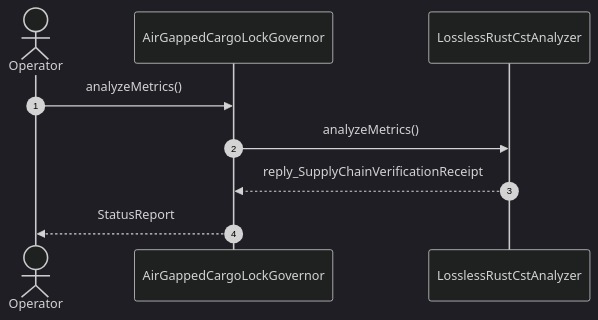
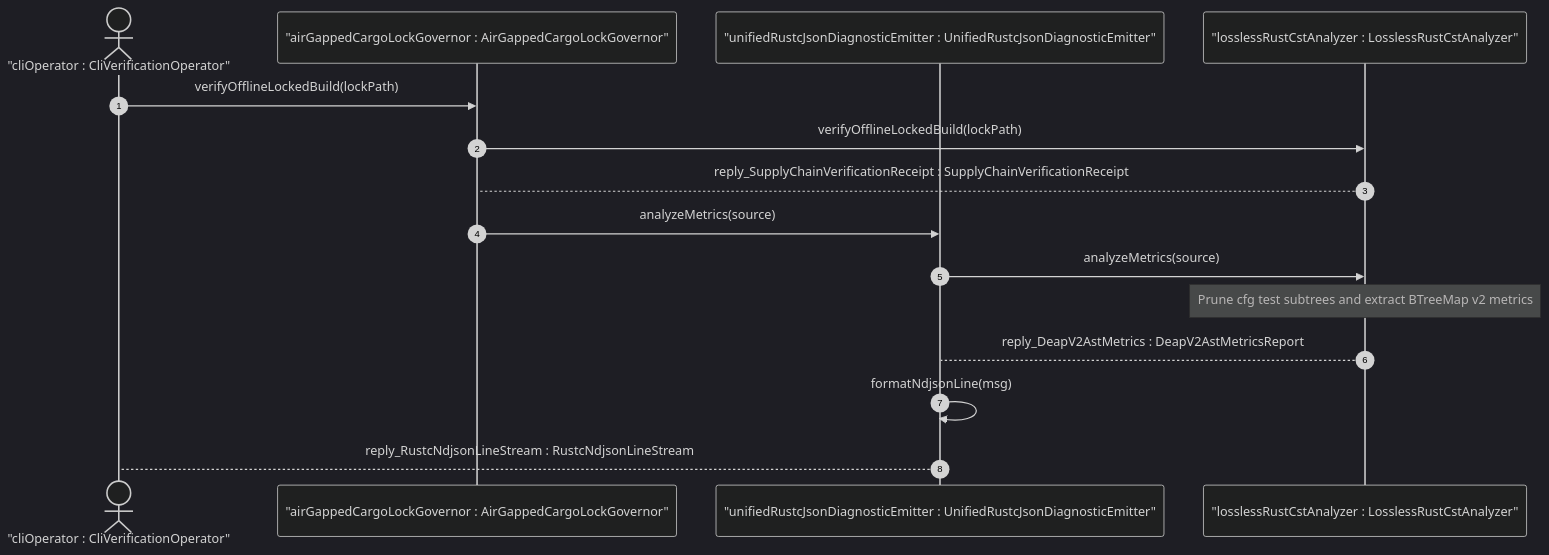
One commit to gintatkinson/DEAP01-spec-core changed the first of 2 diagrams in .pipeline/upstream/docs/user-stories/US-56-analyzeMetrics.md. Above: the diagram before and after it, drawn with Mermaid (dark theme). The commit also changed other lines of this file and 3 other files, not shown here.

````diff
--- a/.pipeline/upstream/docs/user-stories/US-56-analyzeMetrics.md
+++ b/.pipeline/upstream/docs/user-stories/US-56-analyzeMetrics.md
@@ -37,11 +92,18 @@
 ```mermaid
 sequenceDiagram
     autonumber
-    actor Operator
-    participant AirGappedCargoLockGovernor
-    participant LosslessRustCstAnalyzer
-    Operator->>AirGappedCargoLockGovernor: analyzeMetrics()
-    AirGappedCargoLockGovernor->>LosslessRustCstAnalyzer: analyzeMetrics()
-    LosslessRustCstAnalyzer-->>AirGappedCargoLockGovernor: reply_SupplyChainVerificationReceipt
-    AirGappedCargoLockGovernor-->>Operator: StatusReport
+    actor CliVerificationOperator as "cliOperator : CliVerificationOperator"
+    participant AirGappedCargoLockGovernor as "airGappedCargoLockGovernor : AirGappedCargoLockGovernor"
+    participant UnifiedRustcJsonDiagnosticEmitter as "unifiedRustcJsonDiagnosticEmitter : UnifiedRustcJsonDiagnosticEmitter"
+    participant LosslessRustCstAnalyzer as "losslessRustCstAnalyzer : LosslessRustCstAnalyzer"
+
+    CliVerificationOperator->>AirGappedCargoLockGovernor: verifyOfflineLockedBuild(lockPath)
+    AirGappedCargoLockGovernor->>LosslessRustCstAnalyzer: verifyOfflineLockedBuild(lockPath)
+    LosslessRustCstAnalyzer-->AirGappedCargoLockGovernor: reply_SupplyChainVerificationReceipt : SupplyChainVerificationReceipt
+    AirGappedCargoLockGovernor->>UnifiedRustcJsonDiagnosticEmitter: analyzeMetrics(source)
+    UnifiedRustcJsonDiagnosticEmitter->>LosslessRustCstAnalyzer: analyzeMetrics(source)
+    Note over LosslessRustCstAnalyzer: Prune cfg test subtrees and extract BTreeMap v2 metrics
+    LosslessRustCstAnalyzer-->UnifiedRustcJsonDiagnosticEmitter: reply_DeapV2AstMetrics : DeapV2AstMetricsReport
+    UnifiedRustcJsonDiagnosticEmitter->>UnifiedRustcJsonDiagnosticEmitter: formatNdjsonLine(msg)
+    UnifiedRustcJsonDiagnosticEmitter-->CliVerificationOperator: reply_RustcNdjsonLineStream : RustcNdjsonLineStream
 ```
````
